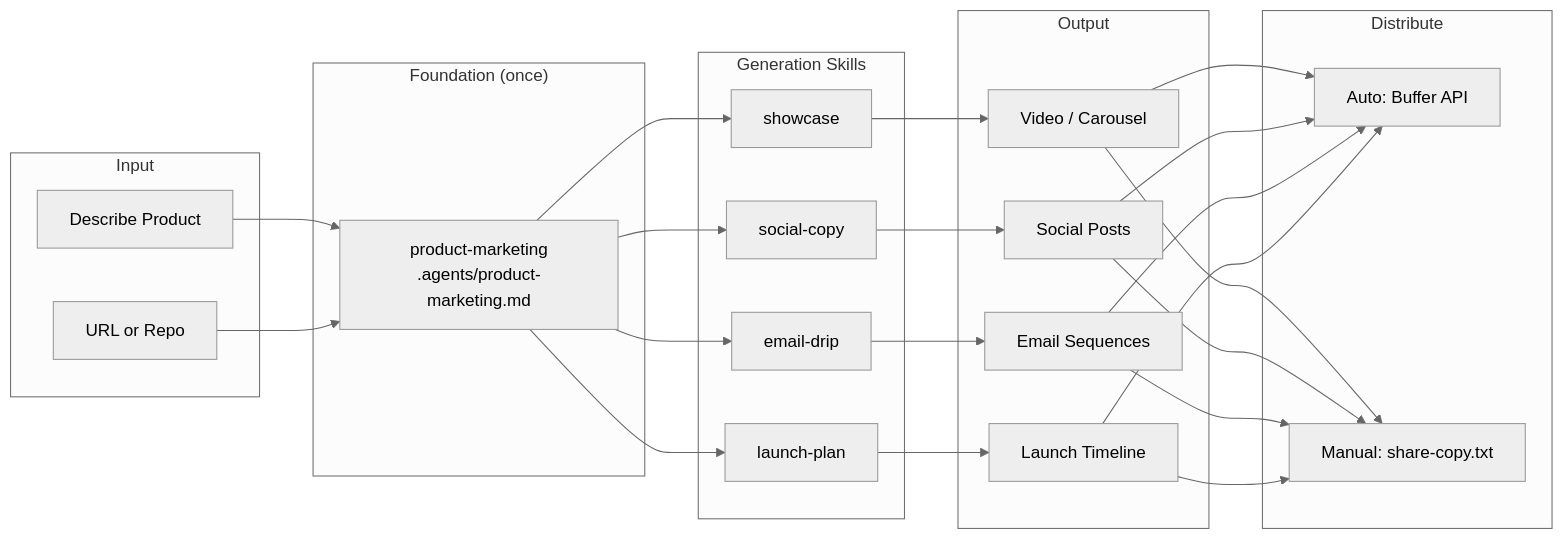
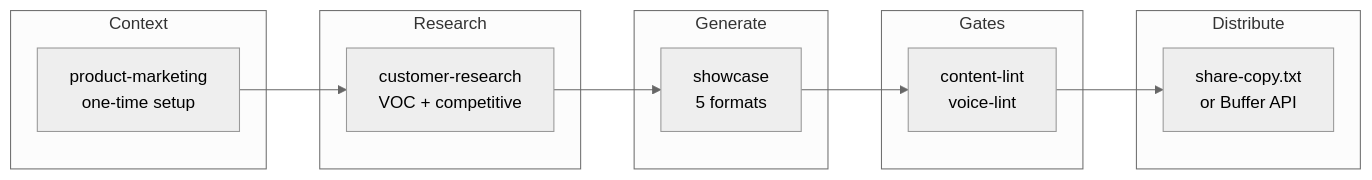
Before and after one commit to juandelossantos/another-marketing-skills: the second of 2 diagrams in README.md, drawn with Mermaid (neutral theme). The commit also changed other lines of this file, not shown here.

Commit message:
docs: fix README -- remove plugin references, update skills/count/gates, reflect actual project structure

````diff
--- a/README.md
+++ b/README.md
@@ -109,39 +86,20 @@
 ```mermaid
 flowchart LR
-    subgraph Input
-        A[Describe Product]
-        B[URL or Repo]
+    subgraph Context
+        C[product-marketing<br/>one-time setup]
+    end
+    subgraph Research
+        R[customer-research<br/>VOC + competitive]
+    end
+    subgraph Generate
+        SC[showcase<br/>5 formats]
+    end
+    subgraph Gates
+        G1[content-lint<br/>voice-lint]
+    end
+    subgraph Distribute
+        D[share-copy.txt<br/>or Buffer API]
     end
 
-    subgraph Context["Foundation (once)"]
-        C[product-marketing<br/>.agents/product-marketing.md]
-    end
-
-    subgraph Generate["Generation Skills"]
-        D[showcase]
-        E[social-copy]
-        F[email-drip]
-        G[launch-plan]
-    end
-
-    subgraph Output
-        H[Video / Carousel]
-        I[Social Posts]
-        J[Email Sequences]
-        K[Launch Timeline]
-    end
-
-    subgraph Distribute
-        L[Auto: Buffer API]
-        M[Manual: share-copy.txt]
-    end
-
-    A --> C
-    B --> C
-    C --> D & E & F & G
-    D --> H
-    E --> I
-    F --> J
-    G --> K
-    H & I & J & K --> L & M
+    C --> R --> SC --> G1 --> D
 ```
````
